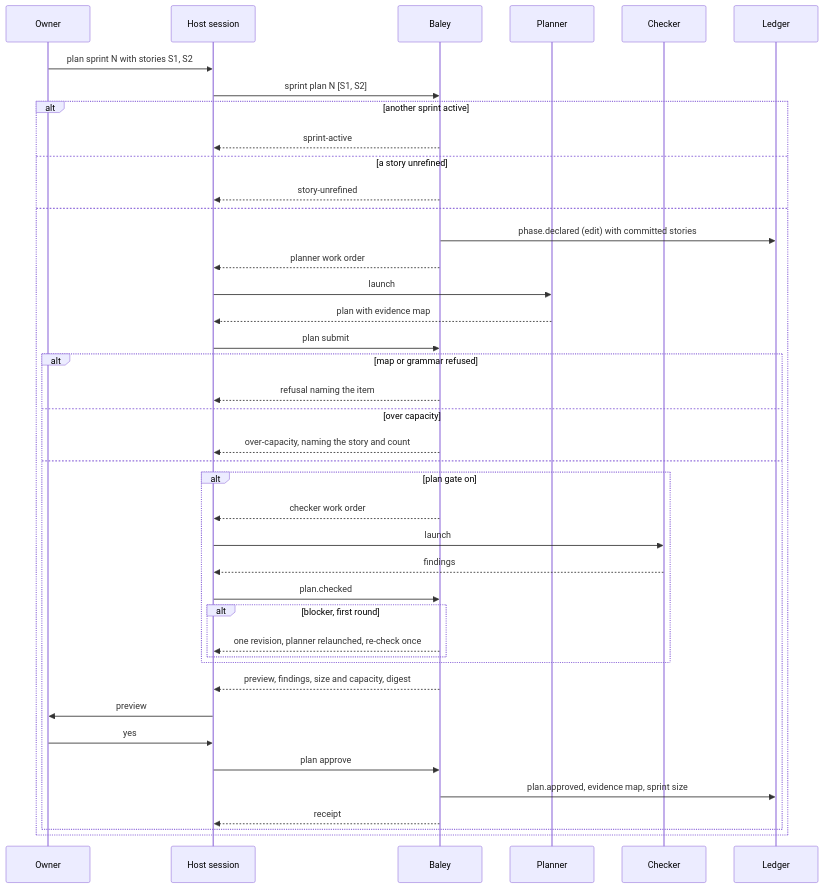
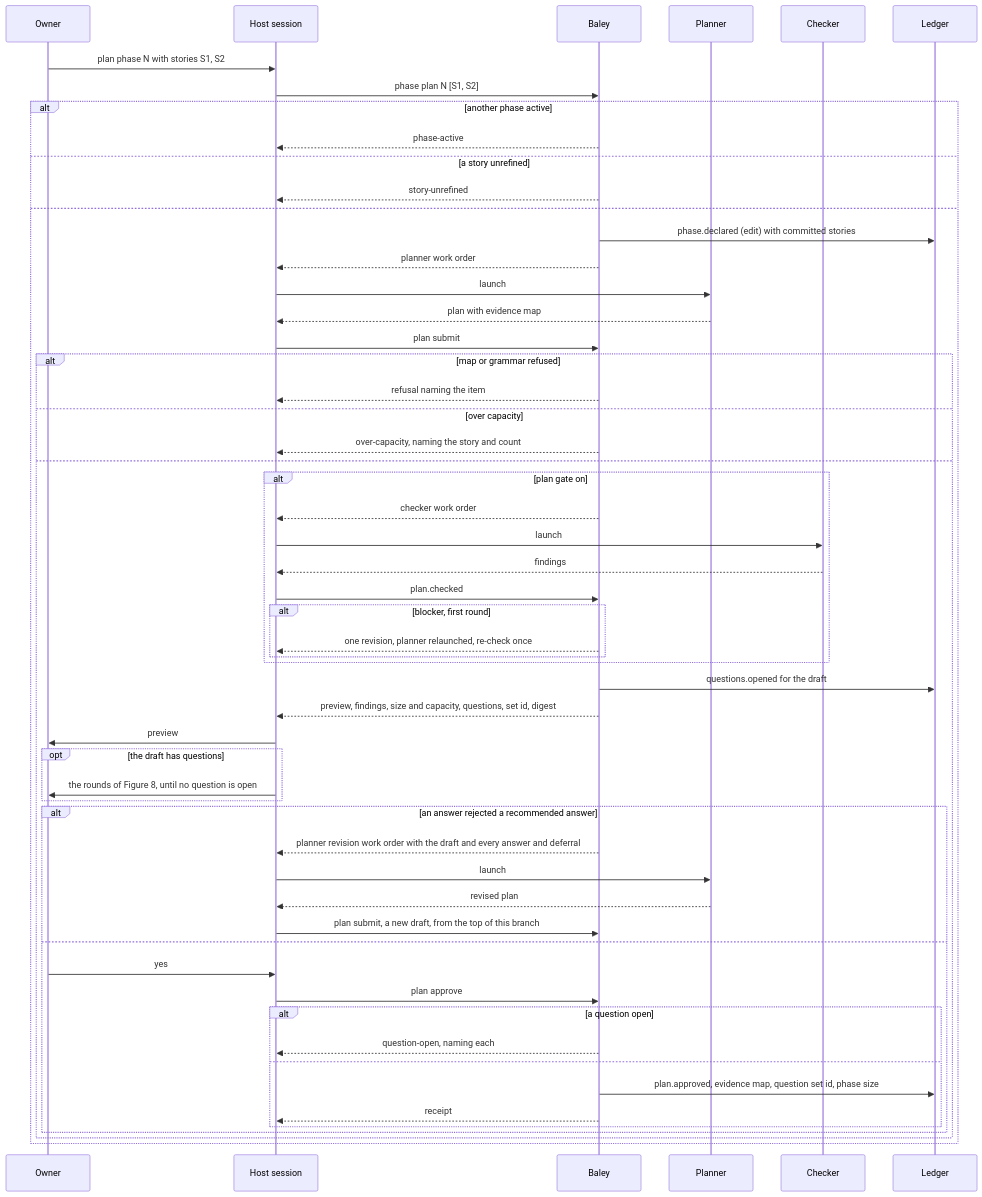
One commit to crenshawdev/baley changed the sixth of 8 diagrams in docs/design/0005-context-plans-and-acceptance.md. Above: the diagram before and after it, drawn with Mermaid. The commit also changed other lines of this file and 21 other files, not shown here.

First line of the commit message:
docs(design): reproduce bugs first, remember dismissals, ask in rounds, one term each

````diff
--- a/docs/design/0005-context-plans-and-acceptance.md
+++ b/docs/design/0005-context-plans-and-acceptance.md
@@ -290,43 +415,58 @@
 ```mermaid
 sequenceDiagram
   participant O as Owner
   participant H as Host session
   participant B as Baley
   participant P as Planner
   participant C as Checker
   participant L as Ledger
-  O->>H: plan sprint N with stories S1, S2
-  H->>B: sprint plan N [S1, S2]
-  alt another sprint active
-    B-->>H: sprint-active
+  O->>H: plan phase N with stories S1, S2
+  H->>B: phase plan N [S1, S2]
+  alt another phase active
+    B-->>H: phase-active
   else a story unrefined
     B-->>H: story-unrefined
   else
     B->>L: phase.declared (edit) with committed stories
     B-->>H: planner work order
     H->>P: launch
     P-->>H: plan with evidence map
     H->>B: plan submit
     alt map or grammar refused
       B-->>H: refusal naming the item
     else over capacity
       B-->>H: over-capacity, naming the story and count
     else
       alt plan gate on
         B-->>H: checker work order
         H->>C: launch
         C-->>H: findings
         H->>B: plan.checked
         alt blocker, first round
           B-->>H: one revision, planner relaunched, re-check once
         end
       end
-      B-->>H: preview, findings, size and capacity, digest
+      B->>L: questions.opened for the draft
+      B-->>H: preview, findings, size and capacity, questions, set id, digest
       H->>O: preview
-      O->>H: yes
-      H->>B: plan approve
-      B->>L: plan.approved, evidence map, sprint size
-      B-->>H: receipt
+      opt the draft has questions
+        H->>O: the rounds of Figure 8, until no question is open
+      end
+      alt an answer rejected a recommended answer
+        B-->>H: planner revision work order with the draft and every answer and deferral
+        H->>P: launch
+        P-->>H: revised plan
+        H->>B: plan submit, a new draft, from the top of this branch
+      else
+        O->>H: yes
+        H->>B: plan approve
+        alt a question open
+          B-->>H: question-open, naming each
+        else
+          B->>L: plan.approved, evidence map, question set id, phase size
+          B-->>H: receipt
+        end
+      end
     end
   end
 ```
````
